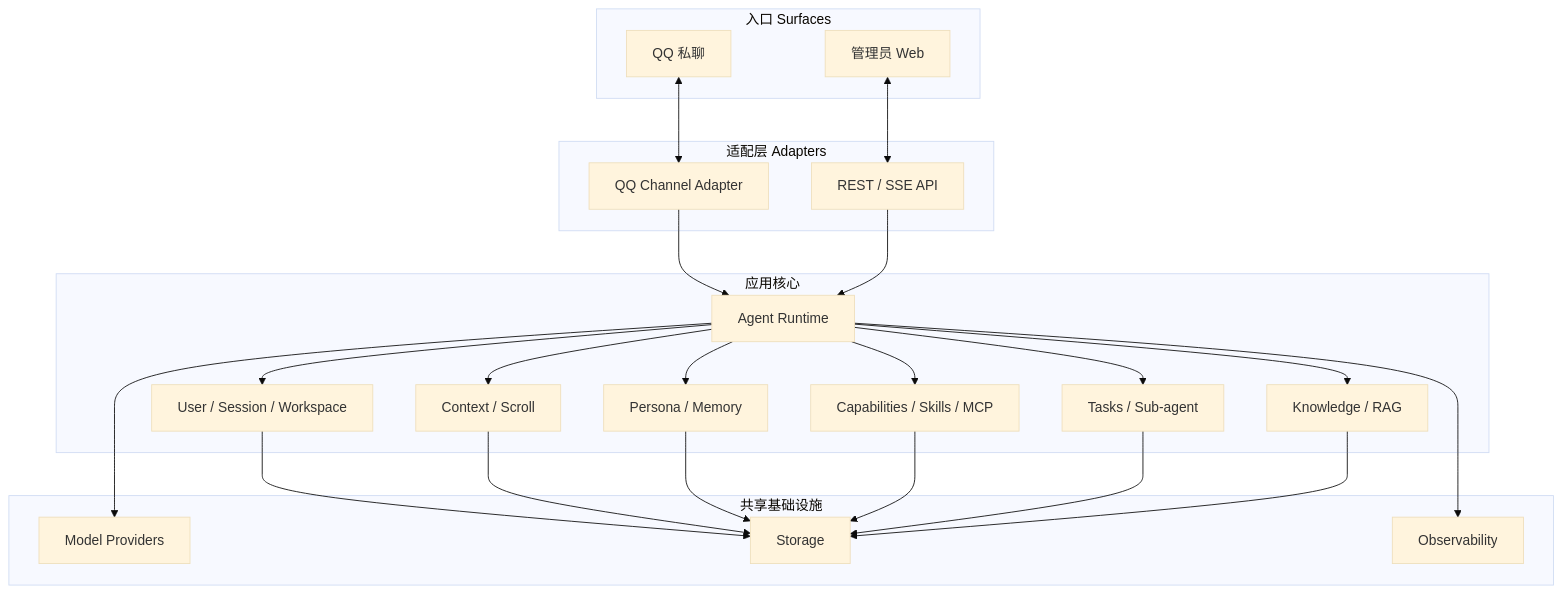
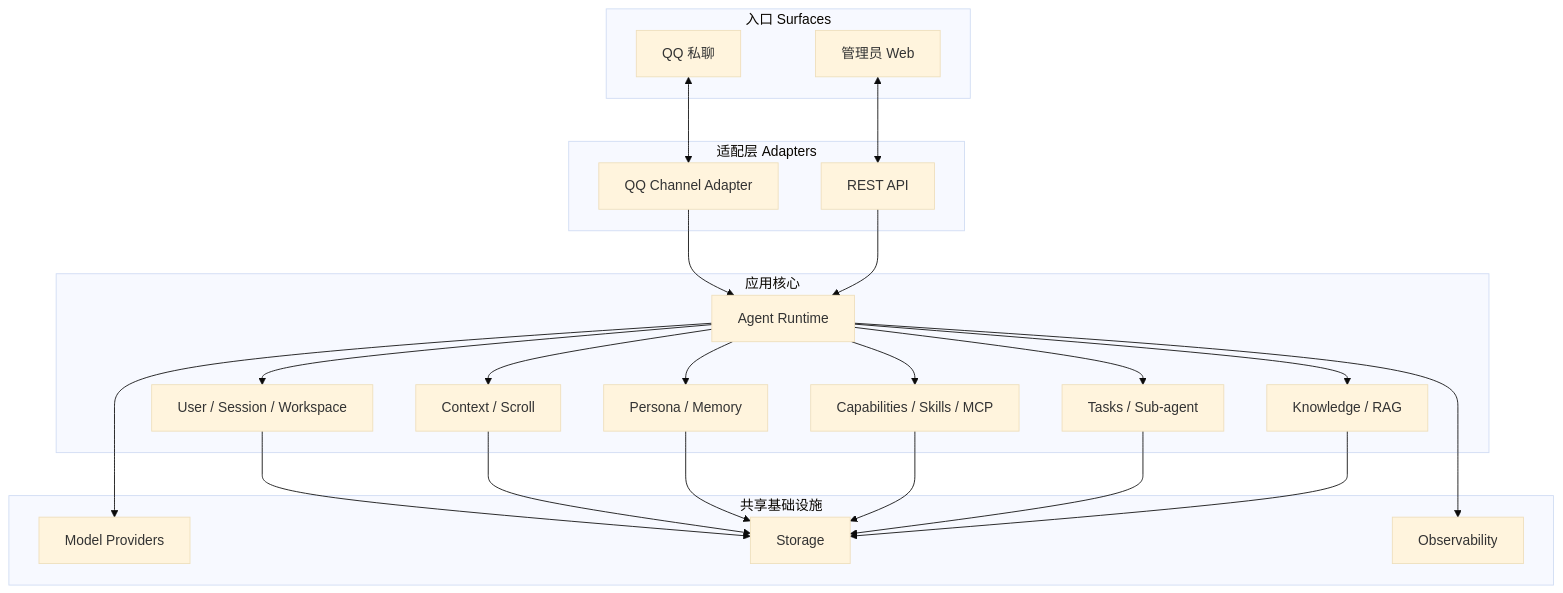
The first of 2 diagrams in docs/design.md (tamakara/mind-agent), drawn with Mermaid (base theme) before and after one commit. The commit also changed other lines of this file and 4 other files, not shown here.

````diff
--- a/docs/design.md
+++ b/docs/design.md
@@ -35,47 +35,47 @@
 ```mermaid
 flowchart TB
     subgraph Surfaces[入口 Surfaces]
         QQ[QQ 私聊]
         WEB[管理员 Web]
     end
 
     subgraph Adapters[适配层 Adapters]
         CH[QQ Channel Adapter]
-        API[REST / SSE API]
+        API[REST API]
     end
 
     subgraph Core[应用核心]
         RT[Agent Runtime]
         WS[User / Session / Workspace]
         CTX[Context / Scroll]
         PER[Persona / Memory]
         CAP[Capabilities / Skills / MCP]
         TASK[Tasks / Sub-agent]
         KB[Knowledge / RAG]
     end
 
     subgraph Infra[共享基础设施]
         PRV[Model Providers]
         STO[Storage]
         OBS[Observability]
     end
 
     QQ <--> CH
     WEB <--> API
     CH --> RT
     API --> RT
     RT --> WS
     RT --> CTX
     RT --> PER
     RT --> CAP
     RT --> TASK
     RT --> KB
     RT --> PRV
     WS --> STO
     CTX --> STO
     PER --> STO
     CAP --> STO
     TASK --> STO
     KB --> STO
     RT --> OBS
 ```
````
